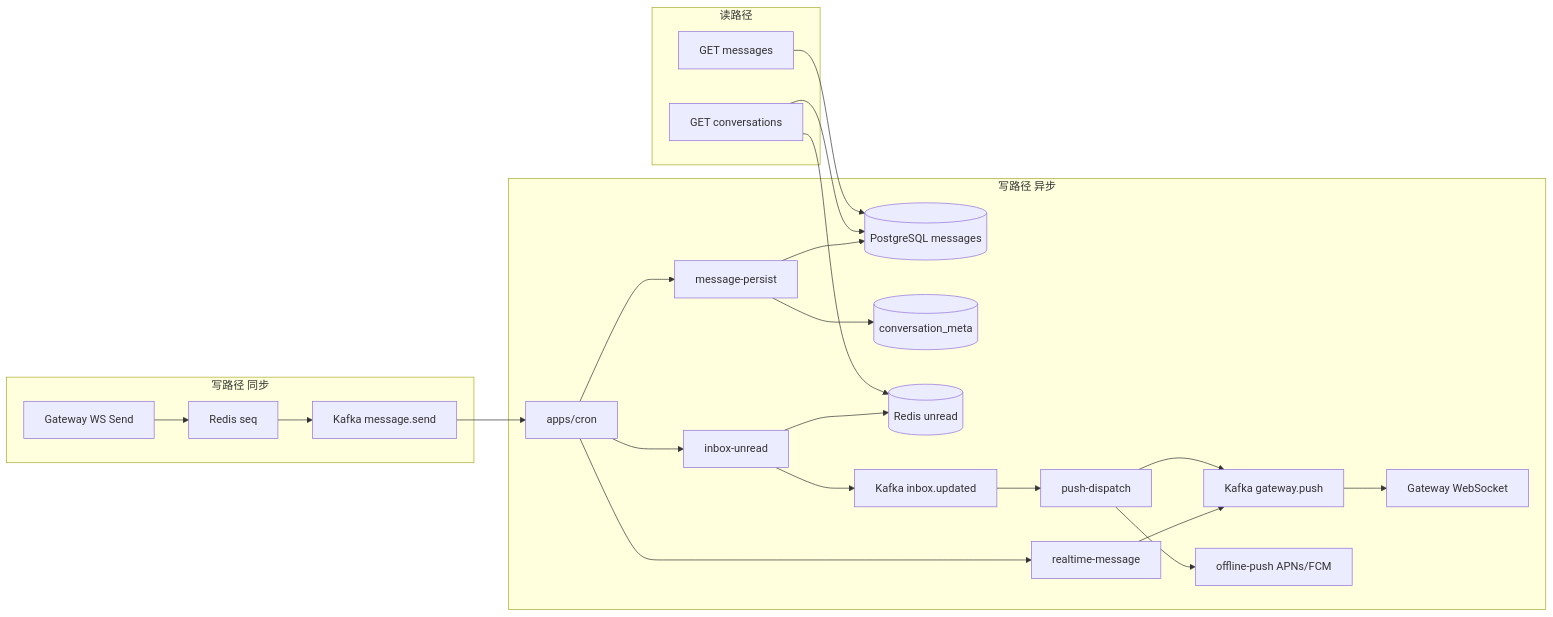
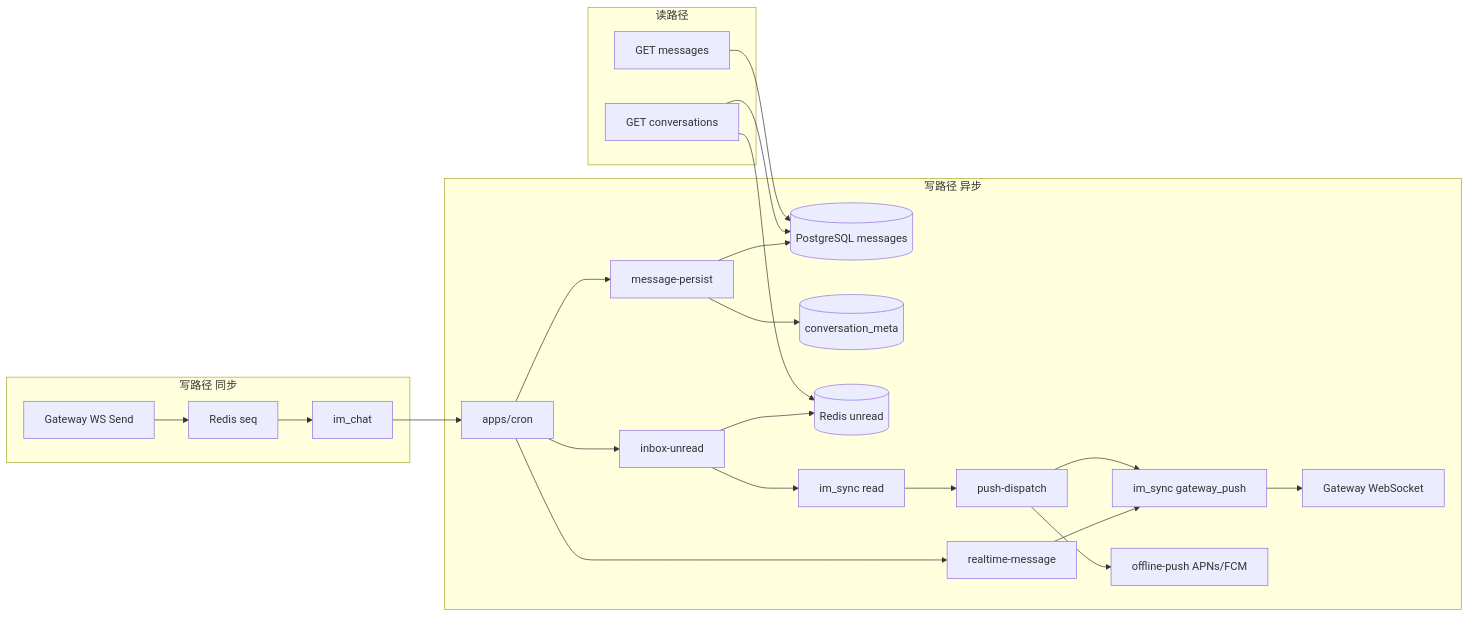
The fifth of 6 diagrams in README.md (AlbertChenshiqi/im), drawn with Mermaid before and after one commit. The commit also changed other lines of this file and 273 other files, not shown here.

````diff
--- a/README.md
+++ b/README.md
@@ -211,29 +213,29 @@
 ```mermaid
 flowchart LR
   subgraph write [写路径 同步]
     A1[Gateway WS Send] --> A2[Redis seq]
-    A2 --> A3[Kafka message.send]
+    A2 --> A3[im_chat]
   end
 
   subgraph async [写路径 异步]
     A3 --> B0[apps/cron]
     B0 --> B1[message-persist]
     B0 --> B2[inbox-unread]
     B0 --> B2b[realtime-message]
     B1 --> PG[(PostgreSQL messages)]
     B1 --> PG2[(conversation_meta)]
     B2 --> R[(Redis unread)]
-    B2 --> C1[Kafka inbox.updated]
-    B2b --> Cgw[Kafka gateway.push]
+    B2 --> C1[im_sync read]
+    B2b --> Cgw[im_sync gateway_push]
     C1 --> B3[push-dispatch]
     B3 --> Cgw
     Cgw --> GW[Gateway WebSocket]
     B3 --> B4[offline-push APNs/FCM]
   end
 
   subgraph read [读路径]
     E1[GET conversations] --> PG
     E1 --> R
     E2[GET messages] --> PG
   end
 ```
````
